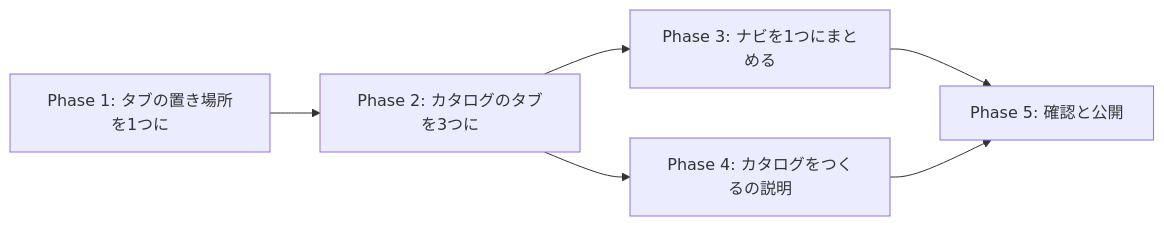
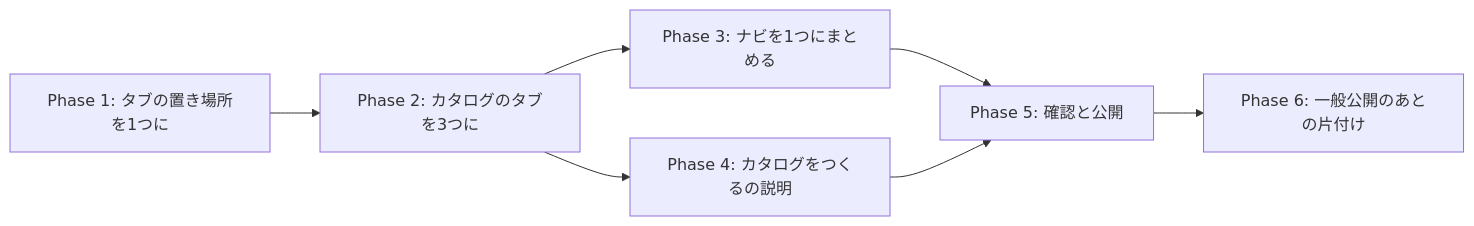
Before and after one commit to 3balljugglerYu/ai_coordinate: the third of 3 diagrams in docs/planning/catalog-three-tabs-implementation-plan.md, drawn with Mermaid. The commit also changed other lines of this file, not shown here.

````diff
--- a/docs/planning/catalog-three-tabs-implementation-plan.md
+++ b/docs/planning/catalog-three-tabs-implementation-plan.md
@@ -245,8 +250,9 @@
 ```mermaid
 flowchart LR
     P1["Phase 1: タブの置き場所を1つに"] --> P2["Phase 2: カタログのタブを3つに"]
     P2 --> P3["Phase 3: ナビを1つにまとめる"]
     P2 --> P4["Phase 4: カタログをつくるの説明"]
     P3 --> P5["Phase 5: 確認と公開"]
     P4 --> P5
+    P5 --> P6["Phase 6: 一般公開のあとの片付け"]
 ```
````
